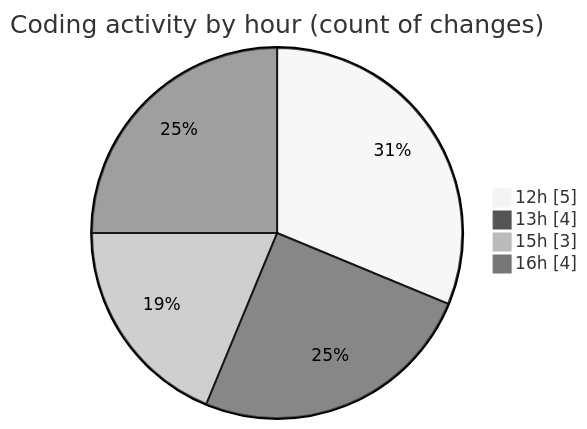
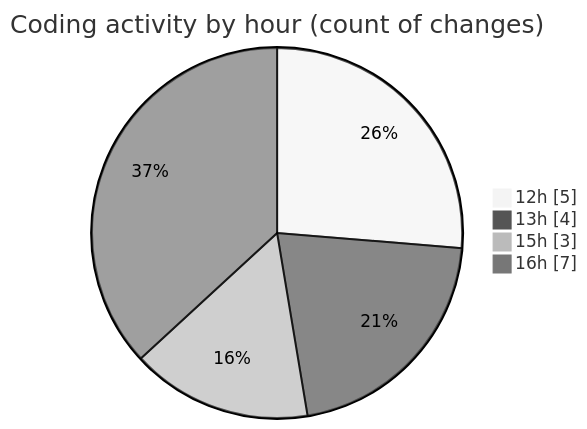
One commit to nxtqubesakshisongat/code-tracking changed the second of 2 diagrams in 2025-05-09/argos-dev/README.md. Above: the diagram before and after it, drawn with Mermaid (neutral theme). The commit also changed other lines of this file and 1 other file, not shown here.

````diff
--- a/2025-05-09/argos-dev/README.md
+++ b/2025-05-09/argos-dev/README.md
@@ -29,8 +29,8 @@
 ```mermaid
 pie showData
 title Coding activity by hour (count of changes)
 "12h" : 5
 "13h" : 4
 "15h" : 3
-"16h" : 4
+"16h" : 7
 ```
````
